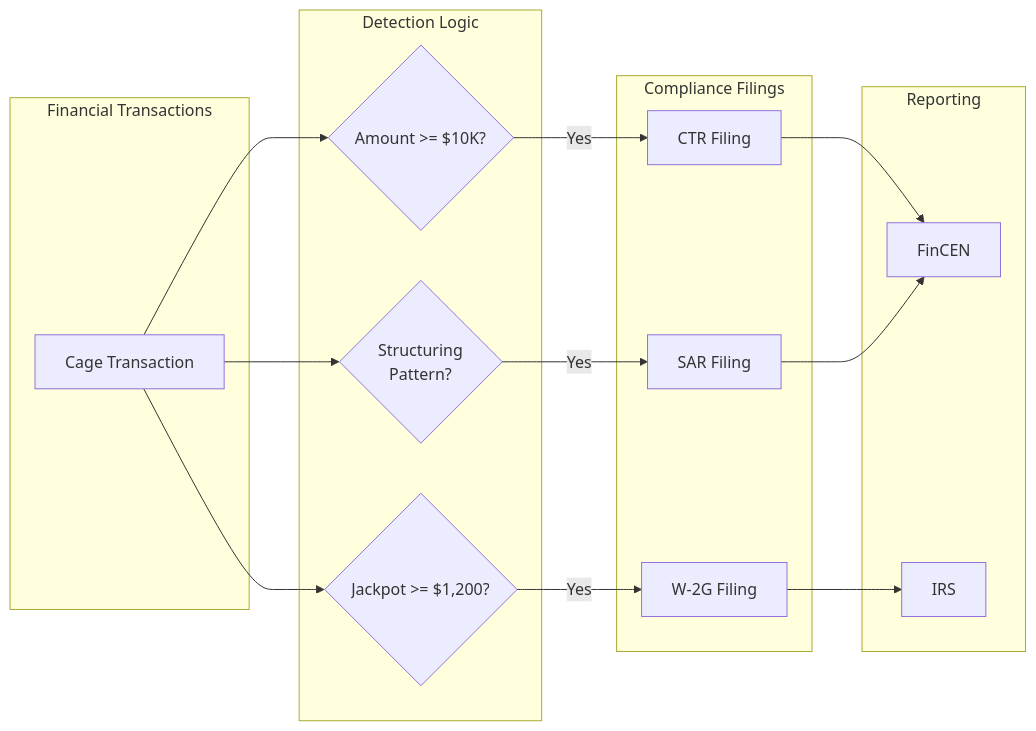
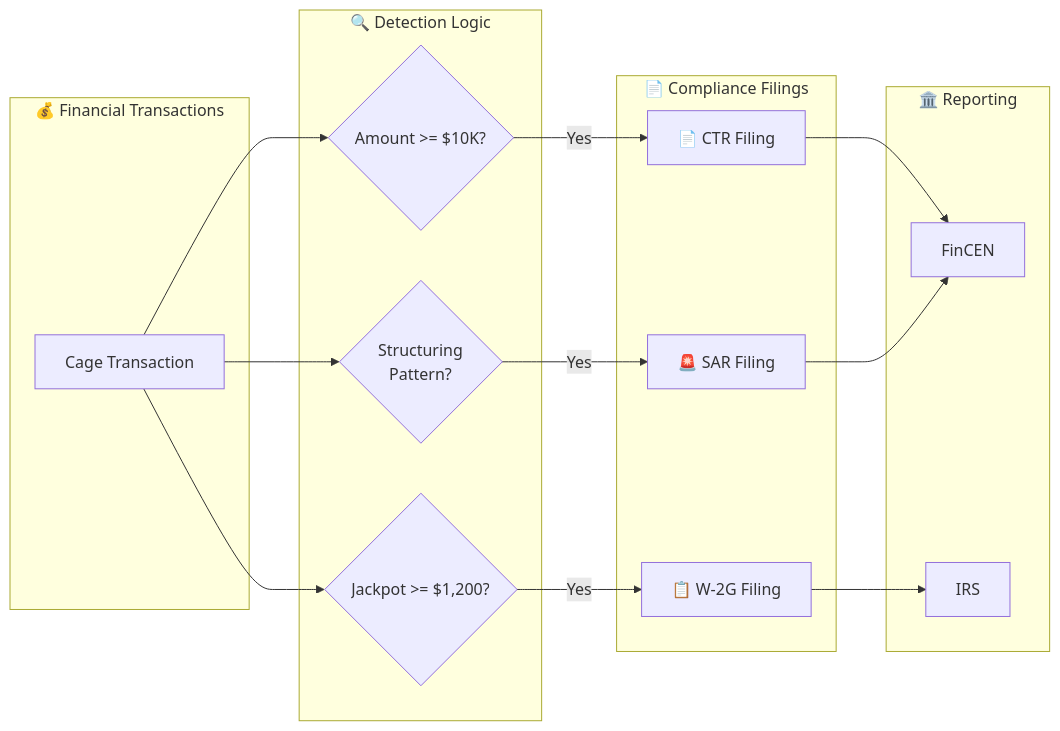
Before and after one commit to fgarofalo56/Suppercharge_Microsoft_Fabric: the fourth of 7 diagrams in docs/diagrams/architecture-overview.md, drawn with Mermaid. The commit also changed other lines of this file and 130 other files, not shown here.

````diff
--- a/docs/diagrams/architecture-overview.md
+++ b/docs/diagrams/architecture-overview.md
@@ -148,35 +202,35 @@
 ```mermaid
 flowchart LR
-    subgraph Transactions["Financial Transactions"]
-        TXN[Cage Transaction]
+    subgraph Transactions["💰 Financial Transactions"]
+        TXN["Cage Transaction"]
     end
 
-    subgraph Detection["Detection Logic"]
-        CTR{Amount >= $10K?}
-        STRUCT{Structuring<br/>Pattern?}
-        JACK{Jackpot >= $1,200?}
+    subgraph Detection["🔍 Detection Logic"]
+        CTR{"Amount >= $10K?"}
+        STRUCT{"Structuring<br/>Pattern?"}
+        JACK{"Jackpot >= $1,200?"}
     end
 
-    subgraph Filings["Compliance Filings"]
-        CTR_FILE[CTR Filing]
-        SAR_FILE[SAR Filing]
-        W2G_FILE[W-2G Filing]
+    subgraph Filings["📄 Compliance Filings"]
+        CTR_FILE["📄 CTR Filing"]
+        SAR_FILE["🚨 SAR Filing"]
+        W2G_FILE["📋 W-2G Filing"]
     end
 
-    subgraph Reporting["Reporting"]
-        FINCEN[FinCEN]
-        IRS[IRS]
+    subgraph Reporting["🏛️ Reporting"]
+        FINCEN["FinCEN"]
+        IRS["IRS"]
     end
 
     TXN --> CTR
     TXN --> STRUCT
     TXN --> JACK
 
-    CTR -->|Yes| CTR_FILE
-    STRUCT -->|Yes| SAR_FILE
-    JACK -->|Yes| W2G_FILE
+    CTR -->|"Yes"| CTR_FILE
+    STRUCT -->|"Yes"| SAR_FILE
+    JACK -->|"Yes"| W2G_FILE
 
     CTR_FILE --> FINCEN
     SAR_FILE --> FINCEN
     W2G_FILE --> IRS
 ```
````
